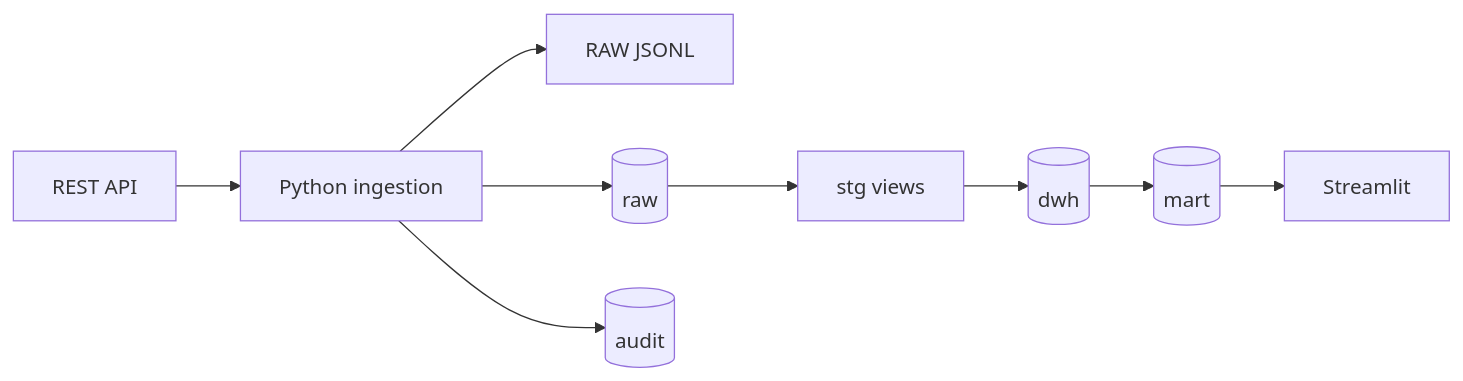
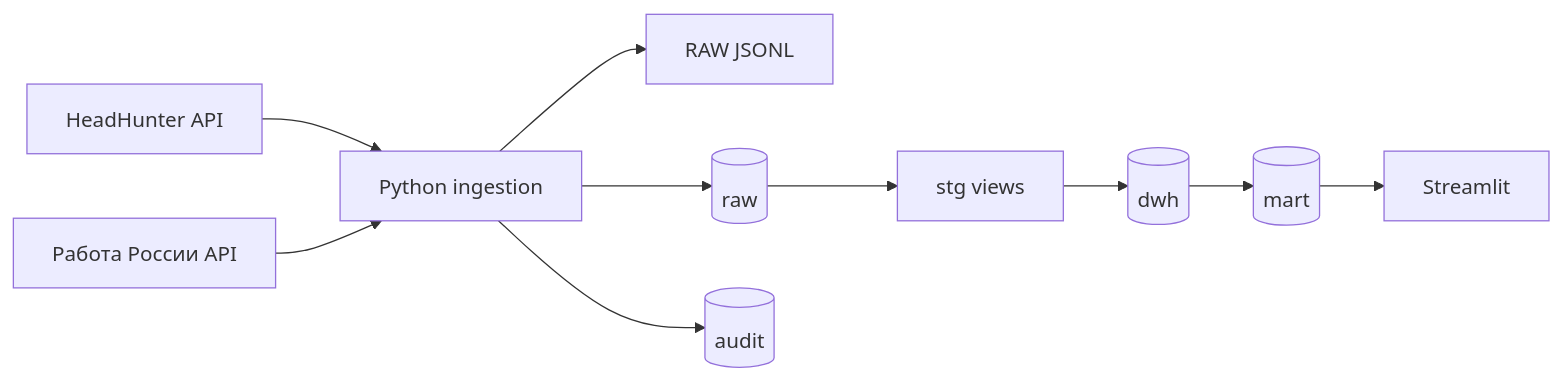
The diagram in README.md (us6fu1/it-job-market-observatory), drawn with Mermaid before and after one commit. The commit also changed other lines of this file, not shown here.

````diff
--- a/README.md
+++ b/README.md
@@ -56,11 +62,20 @@
 ```mermaid
 flowchart LR
-    Sources[REST API] --> Loader[Python ingestion]
-    Loader --> Files[RAW JSONL]
-    Loader --> Raw[(raw)]
-    Loader --> Audit[(audit)]
-    Raw --> Stg[stg views]
-    Stg --> Dwh[(dwh)]
-    Dwh --> Mart[(mart)]
-    Mart --> Dashboard[Streamlit]
+    HH[HeadHunter API]
+    TV[Работа России API]
+    PY[Python ingestion]
+    FILES[RAW JSONL]
+    RAW[(raw)]
+    AUDIT[(audit)]
+    STG[stg views]
+    DWH[(dwh)]
+    MART[(mart)]
+    UI[Streamlit]
+
+    HH --> PY
+    TV --> PY
+    PY --> FILES
+    PY --> RAW
+    PY --> AUDIT
+    RAW --> STG --> DWH --> MART --> UI
 ```
````
